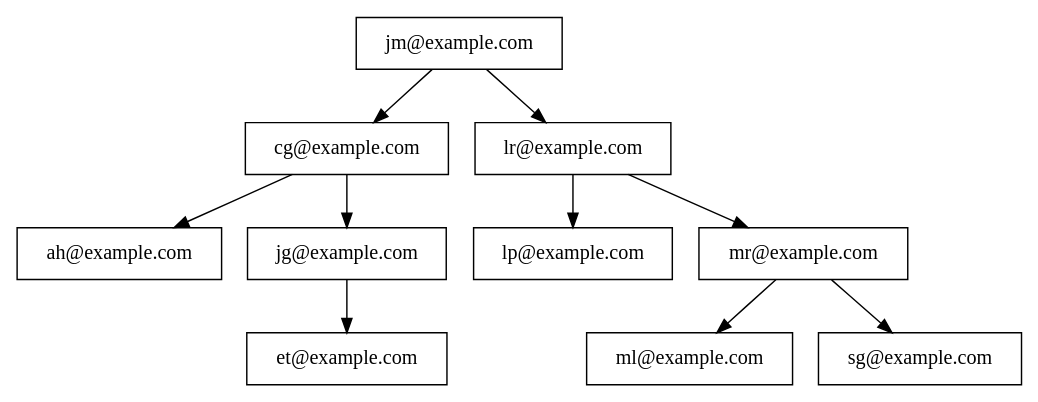
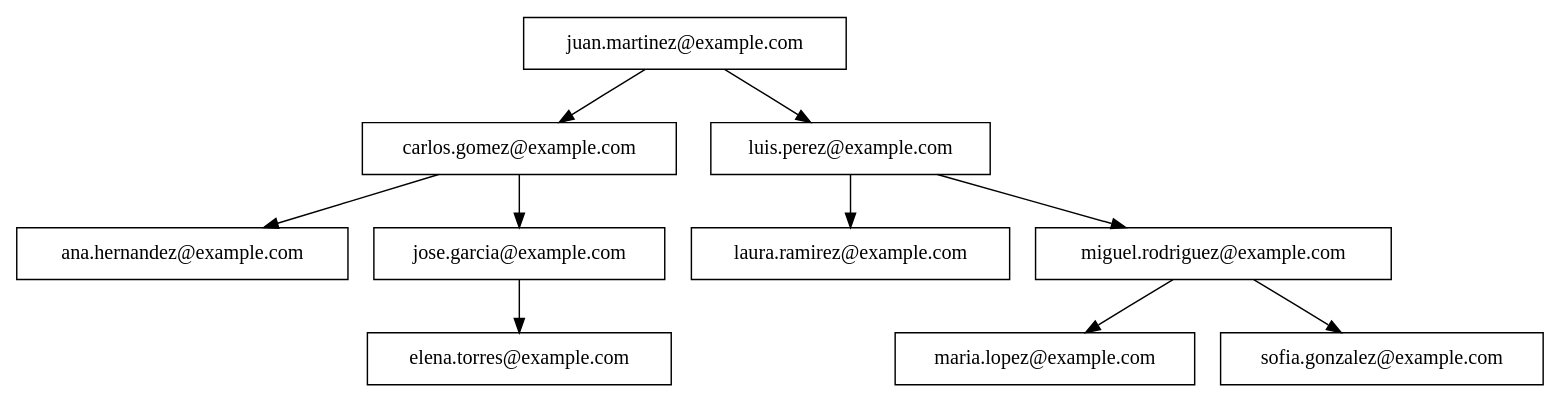
The diagram in Fase2/main/build/Desktop_Qt_6_7_2_MinGW_64_bit-Debug/Arbol_Usuarios.dot (Kevin-alvarez1/PROYECTO_MULTIFASES_RED_SOCIAL), drawn with Graphviz before and after one commit. The commit also changed 21 other files, not shown here.

```diff
--- a/Fase2/main/build/Desktop_Qt_6_7_2_MinGW_64_bit-Debug/Arbol_Usuarios.dot
+++ b/Fase2/main/build/Desktop_Qt_6_7_2_MinGW_64_bit-Debug/Arbol_Usuarios.dot
@@ -1,12 +1,12 @@
 digraph AVLTree {
     node [shape=record];
-    "jm@example.com" -> "cg@example.com";
-    "jm@example.com" -> "lr@example.com";
-    "cg@example.com" -> "ah@example.com";
-    "cg@example.com" -> "jg@example.com";
-    "jg@example.com" -> "et@example.com";
-    "lr@example.com" -> "lp@example.com";
-    "lr@example.com" -> "mr@example.com";
-    "mr@example.com" -> "ml@example.com";
-    "mr@example.com" -> "sg@example.com";
+    "juan.martinez@example.com" -> "carlos.gomez@example.com";
+    "juan.martinez@example.com" -> "luis.perez@example.com";
+    "carlos.gomez@example.com" -> "ana.hernandez@example.com";
+    "carlos.gomez@example.com" -> "jose.garcia@example.com";
+    "jose.garcia@example.com" -> "elena.torres@example.com";
+    "luis.perez@example.com" -> "laura.ramirez@example.com";
+    "luis.perez@example.com" -> "miguel.rodriguez@example.com";
+    "miguel.rodriguez@example.com" -> "maria.lopez@example.com";
+    "miguel.rodriguez@example.com" -> "sofia.gonzalez@example.com";
 }
```
